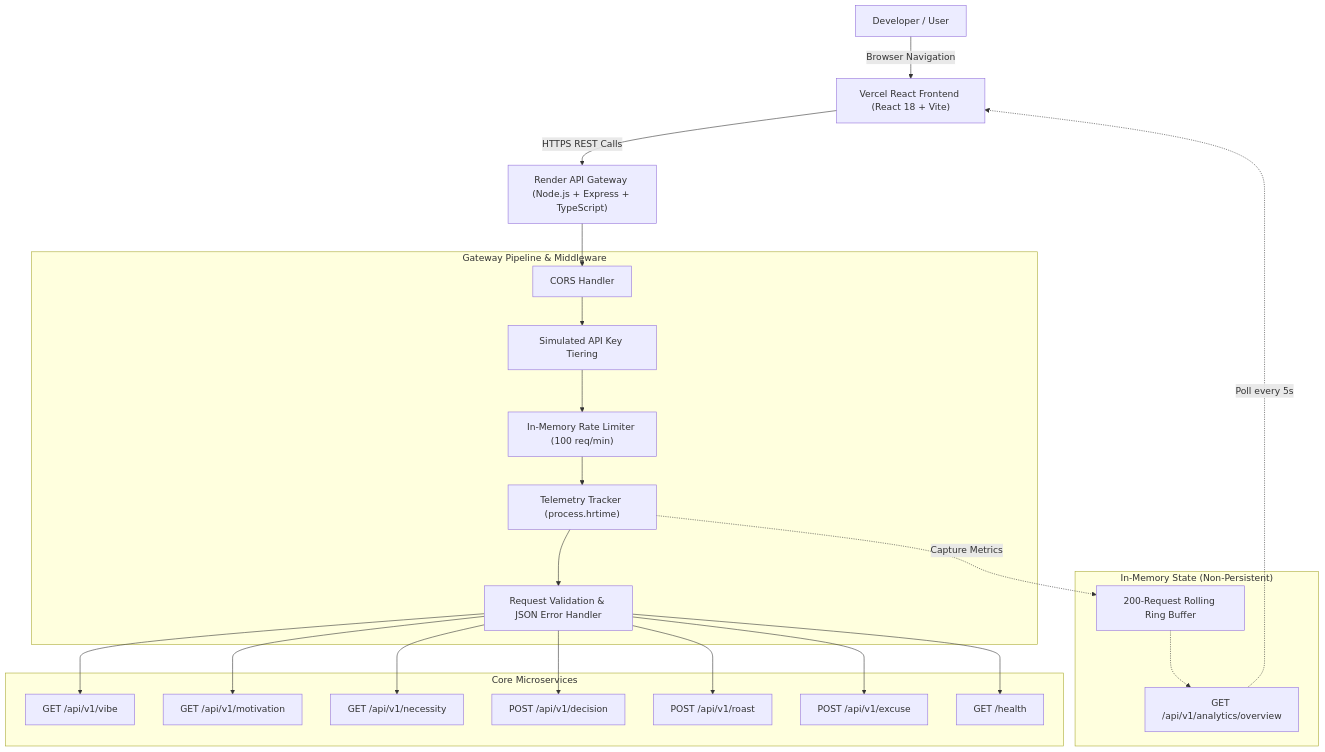
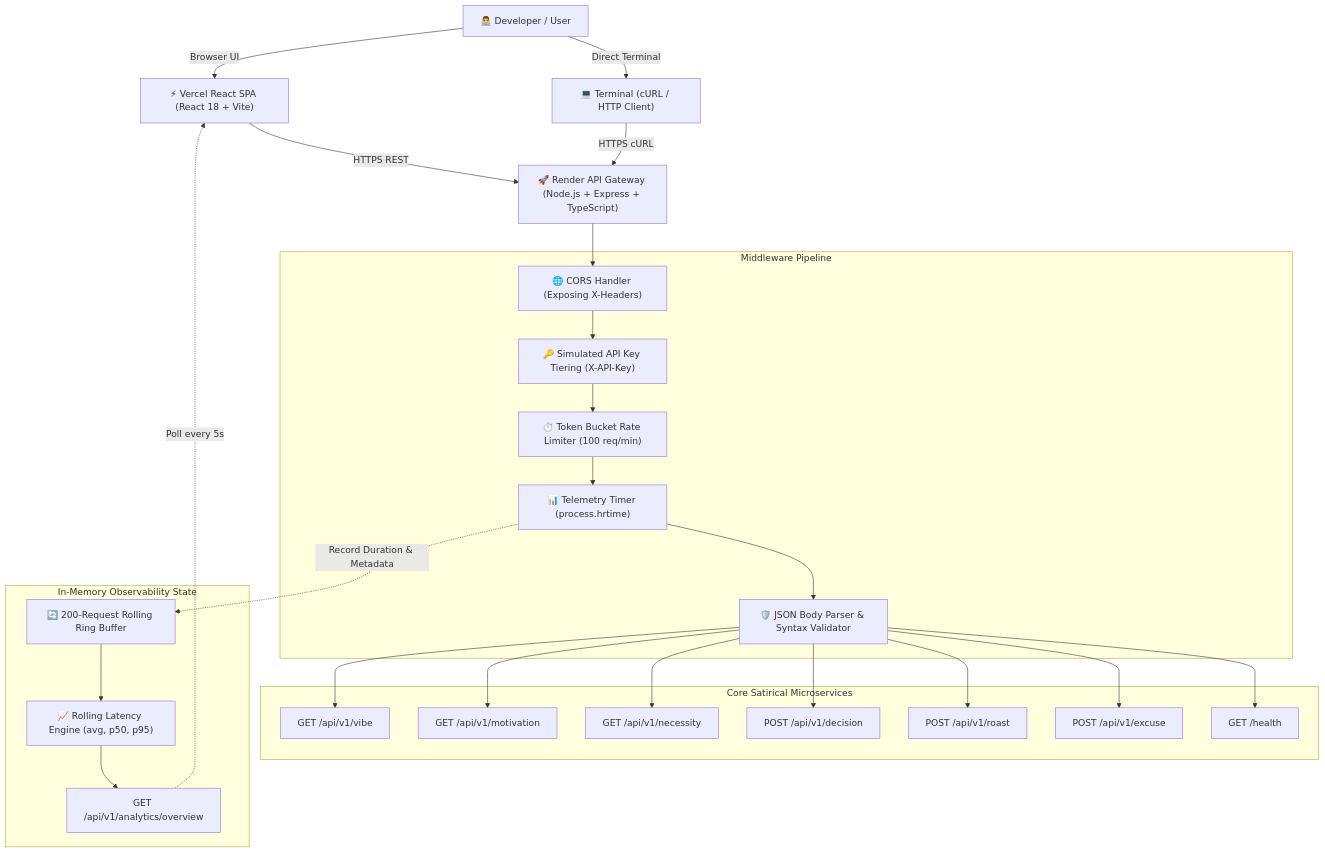
One commit to jisssz/hell-yeah-useless-api changed the diagram in README.md. Above: the diagram before and after it, drawn with Mermaid. The commit also changed other lines of this file, not shown here.

````diff
--- a/README.md
+++ b/README.md
@@ -78,45 +148,51 @@
 ```mermaid
 flowchart TD
-    User["Developer / User"]
-    Client["Vercel React Frontend (React 18 + Vite)"]
-    Gateway["Render API Gateway (Node.js + Express + TypeScript)"]
+    User["👨‍💻 Developer / User"]
+    Client["⚡ Vercel React SPA (React 18 + Vite)"]
+    Terminal["💻 Terminal (cURL / HTTP Client)"]
+    Gateway["🚀 Render API Gateway (Node.js + Express + TypeScript)"]
     
-    subgraph "Gateway Pipeline & Middleware"
-        CORS["CORS Handler"]
-        Auth["Simulated API Key Tiering"]
-        Limiter["In-Memory Rate Limiter (100 req/min)"]
-        Telemetry["Telemetry Tracker (process.hrtime)"]
-        Validator["Request Validation & JSON Error Handler"]
+    subgraph "Middleware Pipeline"
+        CORS["🌐 CORS Handler (Exposing X-Headers)"]
+        Auth["🔑 Simulated API Key Tiering (X-API-Key)"]
+        Limiter["⏱️ Token Bucket Rate Limiter (100 req/min)"]
+        Telemetry["📊 Telemetry Timer (process.hrtime)"]
+        Validator["🛡️ JSON Body Parser & Syntax Validator"]
     end
 
-    subgraph "Core Microservices"
+    subgraph "Core Satirical Microservices"
         Vibe["GET /api/v1/vibe"]
         Motivation["GET /api/v1/motivation"]
         Necessity["GET /api/v1/necessity"]
         Decision["POST /api/v1/decision"]
         Roast["POST /api/v1/roast"]
         Excuse["POST /api/v1/excuse"]
         Health["GET /health"]
     end
 
-    subgraph "In-Memory State (Non-Persistent)"
-        RingBuffer["200-Request Rolling Ring Buffer"]
+    subgraph "In-Memory Observability State"
+        RingBuffer["🔄 200-Request Rolling Ring Buffer"]
+        PercentileCalc["📈 Rolling Latency Engine (avg, p50, p95)"]
         Analytics["GET /api/v1/analytics/overview"]
     end
 
-    User -->|Browser Navigation| Client
-    Client -->|HTTPS REST Calls| Gateway
+    User -->|Browser UI| Client
+    User -->|Direct Terminal| Terminal
+    Client -->|HTTPS REST| Gateway
+    Terminal -->|HTTPS cURL| Gateway
+    
     Gateway --> CORS --> Auth --> Limiter --> Telemetry --> Validator
     
     Validator --> Vibe
     Validator --> Motivation
     Validator --> Necessity
     Validator --> Decision
     Validator --> Roast
     Validator --> Excuse
     Validator --> Health
     
-    Telemetry -.->|Capture Metrics| RingBuffer
-    RingBuffer -.-> Analytics
+    Telemetry -.->|Record Duration & Metadata| RingBuffer
+    RingBuffer --> PercentileCalc
+    PercentileCalc --> Analytics
     Analytics -.->|Poll every 5s| Client
 ```
````
